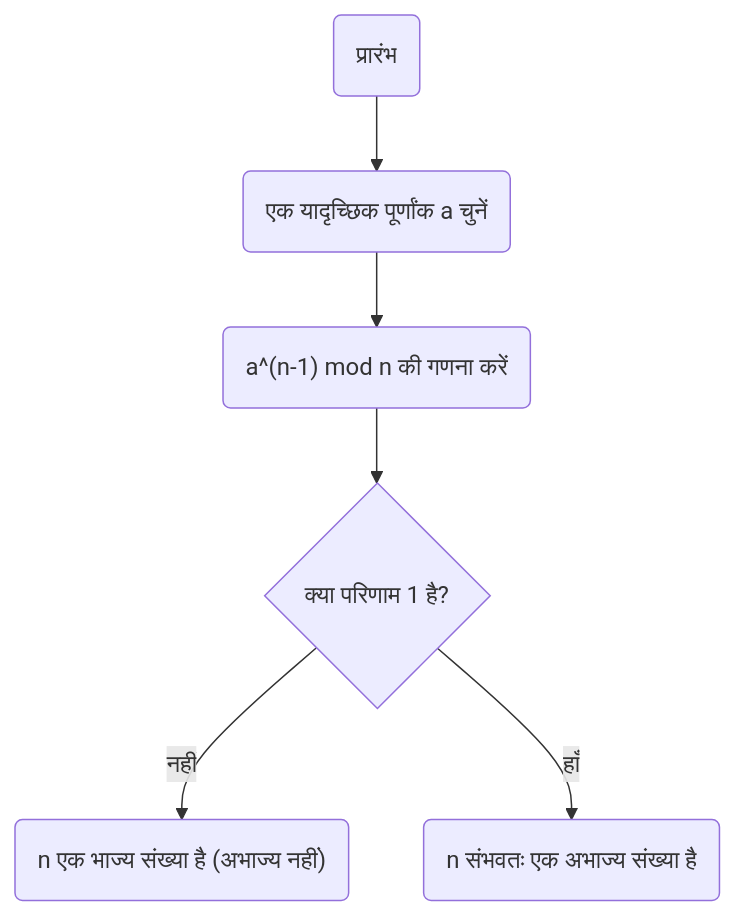
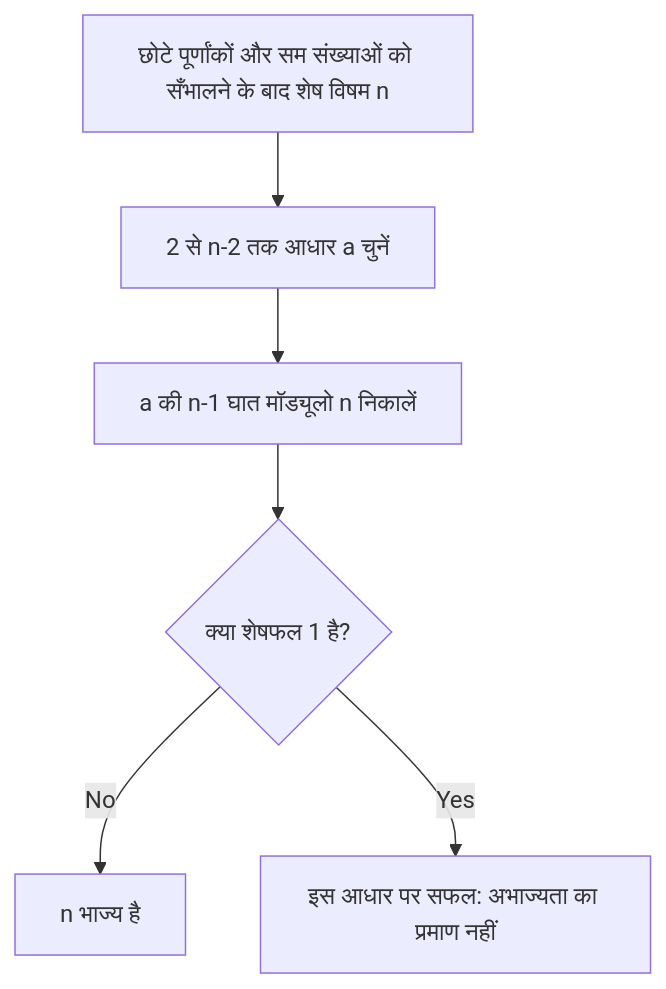
Before and after one commit to kenjinote/blog: the first of 2 diagrams in content/post/fermats-little-theorem/index.hi.md, drawn with Mermaid. The commit also changed other lines of this file and 5 other files, not shown here.

````diff
--- a/content/post/fermats-little-theorem/index.hi.md
+++ b/content/post/fermats-little-theorem/index.hi.md
@@ -84,8 +56,8 @@
 ```mermaid
 flowchart TD
-    Start("प्रारंभ") --> ChooseA("एक यादृच्छिक पूर्णांक a चुनें")
-    ChooseA --> Calc("a^(n-1) mod n की गणना करें")
-    Calc --> Check{"क्या परिणाम 1 है?"}
-    Check -- "नहीं" --> Composite("n एक भाज्य संख्या है (अभाज्य नहीं)")
-    Check -- "हाँ" --> ProbPrime("n संभवतः एक अभाज्य संख्या है")
+    Input["छोटे पूर्णांकों और सम संख्याओं को सँभालने के बाद शेष विषम n"] --> Choose["2 से n-2 तक आधार a चुनें"]
+    Choose --> Calc["a की n-1 घात मॉड्यूलो n निकालें"]
+    Calc --> Check{"क्या शेषफल 1 है?"}
+    Check -- No --> Composite["n भाज्य है"]
+    Check -- Yes --> Pass["इस आधार पर सफल: अभाज्यता का प्रमाण नहीं"]
 ```
````
